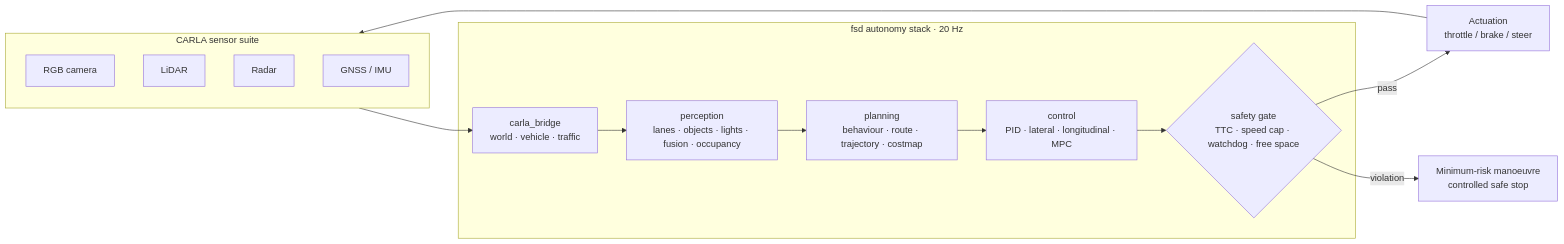
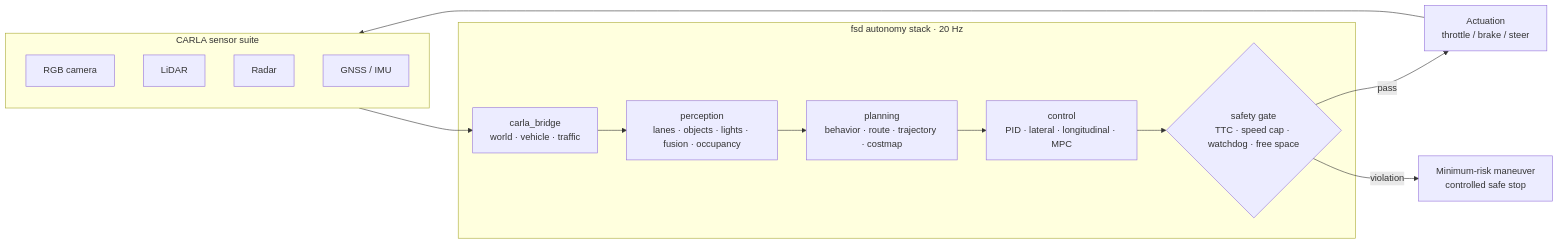
The diagram in README.md (redduxz/vector-fsd), drawn with Mermaid before and after one commit. The commit also changed other lines of this file and 1 other file, not shown here.

````diff
--- a/README.md
+++ b/README.md
@@ -37,22 +37,22 @@
 ```mermaid
 flowchart LR
     subgraph Sensors["CARLA sensor suite"]
         cam["RGB camera"]
         lid["LiDAR"]
         rad["Radar"]
         gi["GNSS / IMU"]
     end
 
     subgraph Stack["fsd autonomy stack · 20 Hz"]
         brg["carla_bridge<br/>world · vehicle · traffic"]
         per["perception<br/>lanes · objects · lights · fusion · occupancy"]
-        pln["planning<br/>behaviour · route · trajectory · costmap"]
+        pln["planning<br/>behavior · route · trajectory · costmap"]
         ctl["control<br/>PID · lateral · longitudinal · MPC"]
         gate{"safety gate<br/>TTC · speed cap · watchdog · free space"}
     end
 
     Sensors --> brg --> per --> pln --> ctl --> gate
     gate -->|pass| act["Actuation<br/>throttle / brake / steer"]
-    gate -->|violation| stop["Minimum-risk manoeuvre<br/>controlled safe stop"]
+    gate -->|violation| stop["Minimum-risk maneuver<br/>controlled safe stop"]
     act --> Sensors
 ```
````
